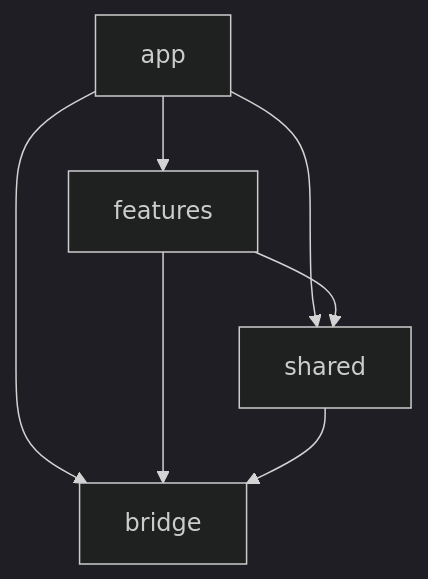
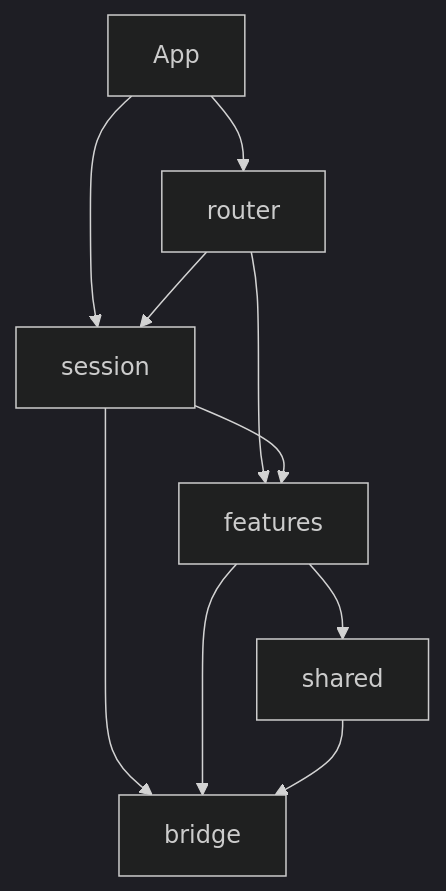
The second of 2 diagrams in docs/frontend.md (viclilei1921/precession), drawn with Mermaid (dark theme) before and after one commit. The commit also changed other lines of this file and 17 other files, not shown here.

````diff
--- a/docs/frontend.md
+++ b/docs/frontend.md
@@ -71,13 +71,18 @@
 ```mermaid
 flowchart TD
-  appRoot[app]
+  appEntry[App]
+  routerNode[router]
+  sessionNode[session]
   featuresNode[features]
   sharedNode[shared]
   bridgeNode[bridge]
-  appRoot --> featuresNode
-  appRoot --> sharedNode
-  appRoot --> bridgeNode
+  appEntry --> sessionNode
+  appEntry --> routerNode
+  routerNode --> sessionNode
+  routerNode --> featuresNode
+  sessionNode --> featuresNode
+  sessionNode --> bridgeNode
   featuresNode --> sharedNode
   featuresNode --> bridgeNode
   sharedNode --> bridgeNode
 ```
````
